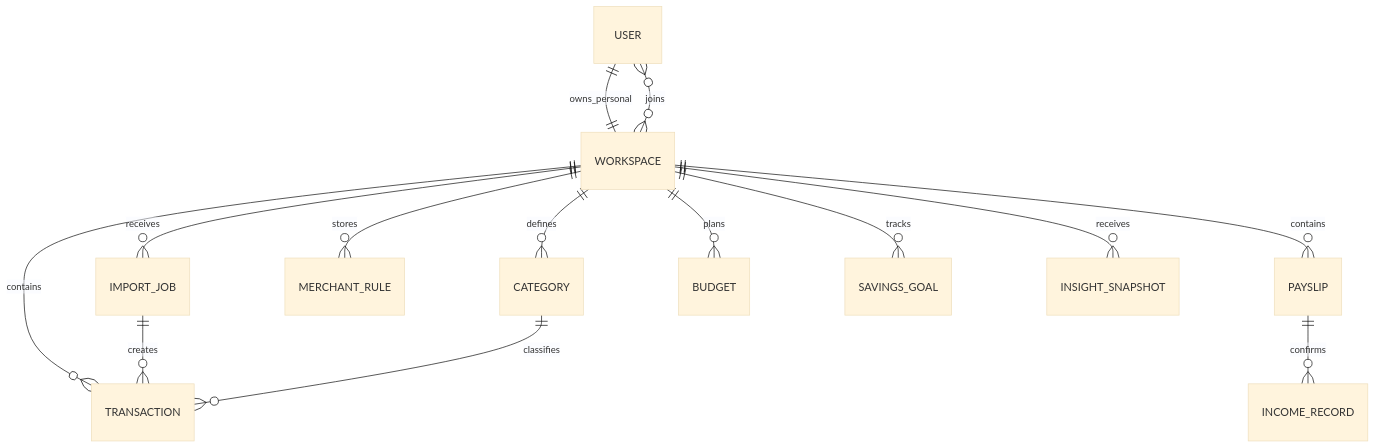
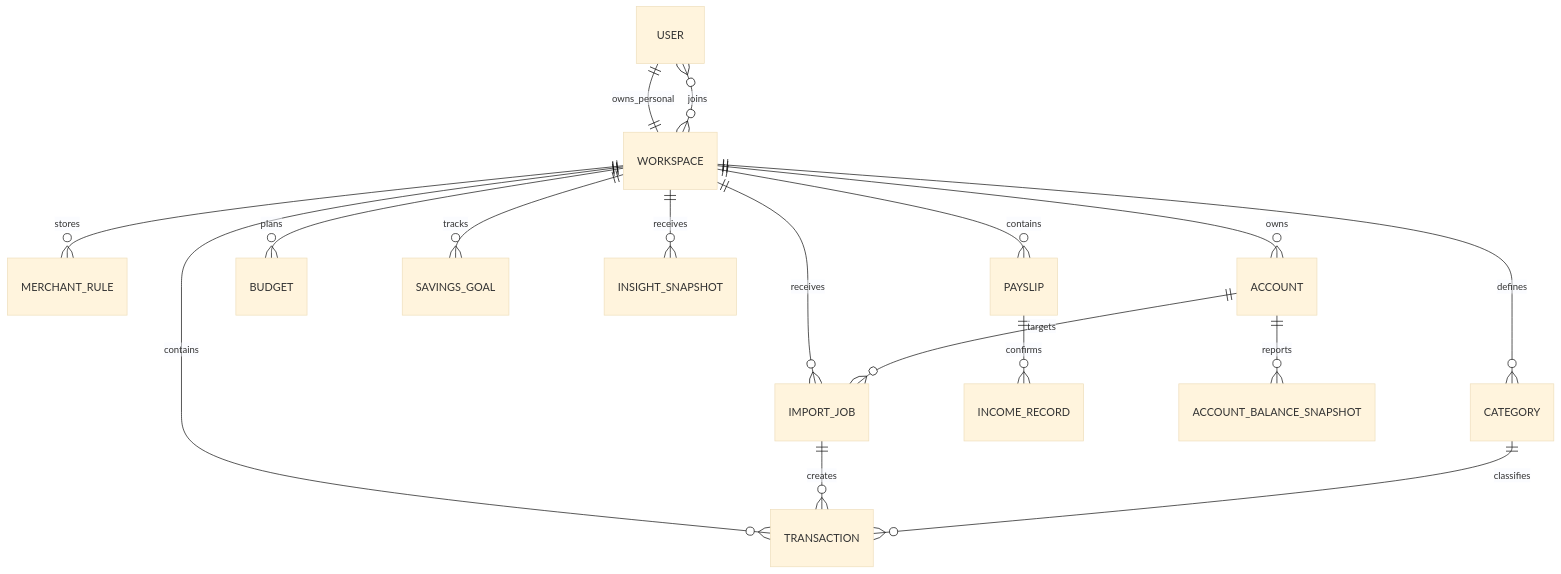
One commit to ankitrathore07/Where-Is-My-Money changed the diagram in docs/where-is-my-money-plan.md. Above: the diagram before and after it, drawn with Mermaid (base theme). The commit also changed other lines of this file and 1 other file, not shown here.

````diff
--- a/docs/where-is-my-money-plan.md
+++ b/docs/where-is-my-money-plan.md
@@ -38,16 +39,19 @@
 ```mermaid
 erDiagram
     USER ||--|| WORKSPACE : owns_personal
     USER }o--o{ WORKSPACE : joins
     WORKSPACE ||--o{ TRANSACTION : contains
     WORKSPACE ||--o{ IMPORT_JOB : receives
     IMPORT_JOB ||--o{ TRANSACTION : creates
     WORKSPACE ||--o{ CATEGORY : defines
     CATEGORY ||--o{ TRANSACTION : classifies
     WORKSPACE ||--o{ MERCHANT_RULE : stores
     WORKSPACE ||--o{ PAYSLIP : contains
     PAYSLIP ||--o{ INCOME_RECORD : confirms
     WORKSPACE ||--o{ BUDGET : plans
     WORKSPACE ||--o{ SAVINGS_GOAL : tracks
     WORKSPACE ||--o{ INSIGHT_SNAPSHOT : receives
+    WORKSPACE ||--o{ ACCOUNT : owns
+    ACCOUNT ||--o{ ACCOUNT_BALANCE_SNAPSHOT : reports
+    ACCOUNT ||--o{ IMPORT_JOB : targets
 ```
````
